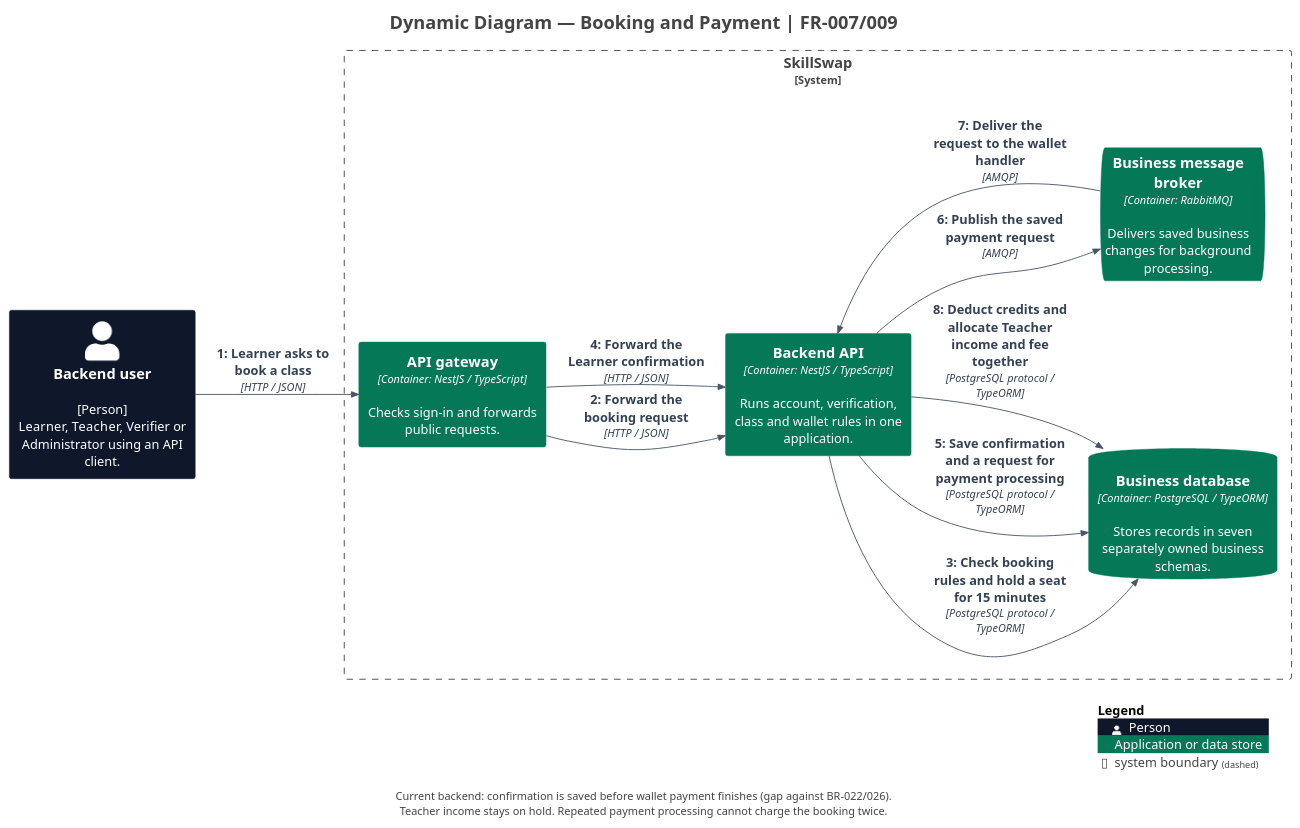
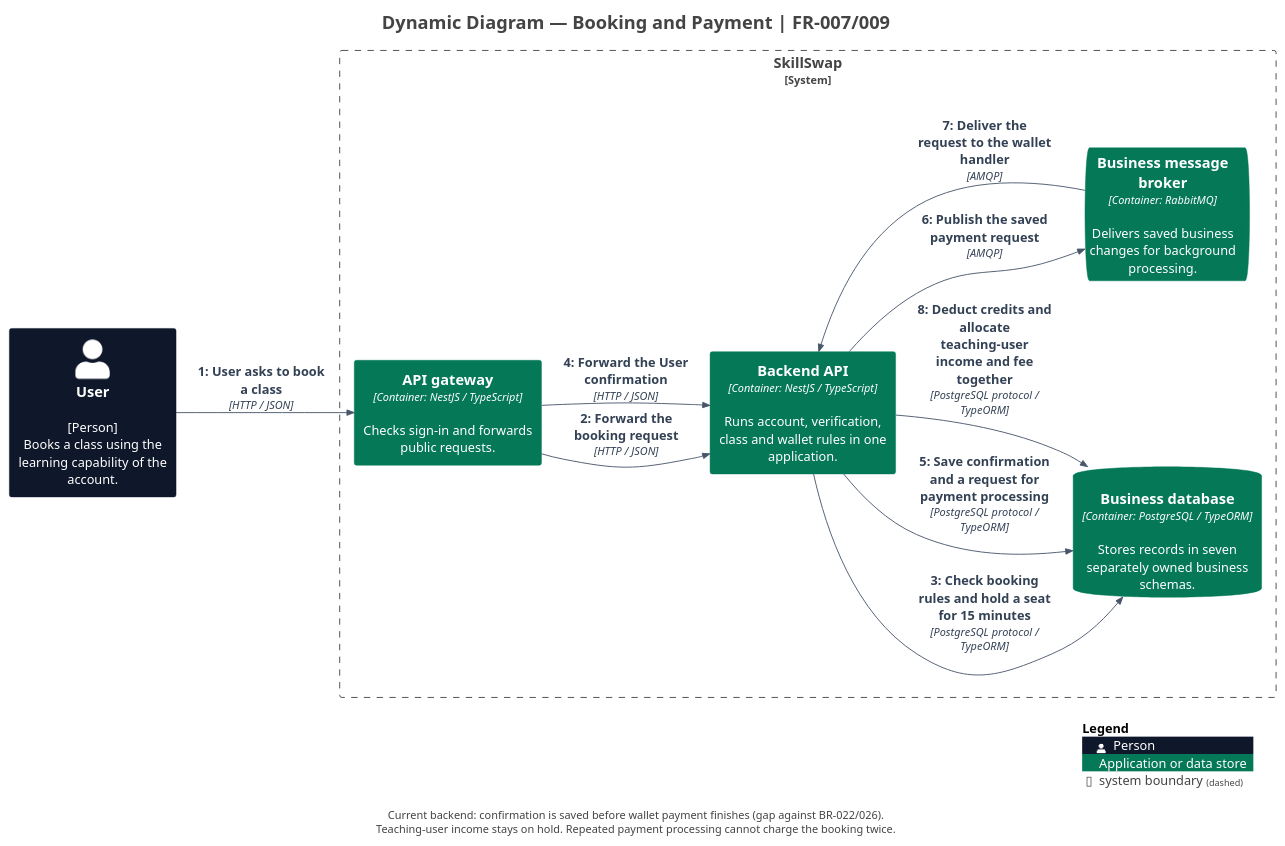
Before and after one commit to trankien022/SkillSwap: the diagram in docs/diagrams/c4/source/structurizr-BookingFlow.puml, drawn with PlantUML. The commit also changed 19 other files, not shown here.

First line of the commit message:
docs(diagrams): align C4 with account roles

```diff
--- a/docs/diagrams/c4/source/structurizr-BookingFlow.puml
+++ b/docs/diagrams/c4/source/structurizr-BookingFlow.puml
@@ -1,53 +1,53 @@
 @startuml
 title Dynamic Diagram — Booking and Payment | FR-007/009
 
 set separator none
 left to right direction
 
 <style>
   root {
     BackgroundColor: #ffffff
     FontColor: #444444
   }
 </style>
 
 !include <C4/C4>
 !include <C4/C4_Context>
 !include <C4/C4_Container>
 
 ' Presentation only: model elements and relationships come from workspace.dsl.
 skinparam defaultFontName Arial
 skinparam defaultFontSize 14
 skinparam shadowing false
 skinparam nodesep 35
 skinparam ranksep 45
 skinparam footerFontSize 12
 skinparam titleFontSize 20
 UpdateElementStyle("person", $bgColor="#0F172A", $fontColor="#FFFFFF", $borderColor="#0F172A", $legendText="Person")
 UpdateElementStyle("system", $bgColor="#047857", $fontColor="#FFFFFF", $borderColor="#047857", $legendText="Software system in scope")
 UpdateElementStyle("external_system", $bgColor="#64748B", $fontColor="#FFFFFF", $borderColor="#64748B", $legendText="Supporting software system")
 UpdateElementStyle("container", $bgColor="#047857", $fontColor="#FFFFFF", $borderColor="#047857", $legendText="Application or data store")
 UpdateRelStyle($lineColor="#475569", $textColor="#334155")
 AddElementTag("Demo", $bgColor="#F1F5F9", $fontColor="#0F172A", $borderColor="#64748B", $legendText="Demonstration client (local booking data)")
 
 System_Boundary("SkillSwap_boundary", "SkillSwap", $tags="") {
   Container(SkillSwap.APIgateway, "API gateway", $techn="Container: NestJS / TypeScript", $descr="Checks sign-in and forwards public requests.", $tags="", $link="")
   Container(SkillSwap.BackendAPI, "Backend API", $techn="Container: NestJS / TypeScript", $descr="Runs account, verification, class and wallet rules in one application.", $tags="", $link="")
   ContainerDb(SkillSwap.Businessdatabase, "Business database", $techn="Container: PostgreSQL / TypeORM", $descr="Stores records in seven separately owned business schemas.", $tags="", $link="")
   ContainerQueue(SkillSwap.Businessmessagebroker, "Business message broker", $techn="Container: RabbitMQ", $descr="Delivers saved business changes for background processing.", $tags="", $link="")
 }
 
-Person(Backenduser, "Backend user", $descr="[Person]\nLearner, Teacher, Verifier or Administrator using an API client.", $tags="", $link="")
+Person(User, "User", $descr="[Person]\nBooks a class using the learning capability of the account.", $tags="", $link="")
 
-Rel(Backenduser, SkillSwap.APIgateway, "1: Learner asks to book a class", $techn="HTTP / JSON", $tags="", $link="")
+Rel(User, SkillSwap.APIgateway, "1: User asks to book a class", $techn="HTTP / JSON", $tags="", $link="")
 Rel(SkillSwap.APIgateway, SkillSwap.BackendAPI, "2: Forward the booking request", $techn="HTTP / JSON", $tags="", $link="")
 Rel(SkillSwap.BackendAPI, SkillSwap.Businessdatabase, "3: Check booking rules and hold a seat for 15 minutes", $techn="PostgreSQL protocol / TypeORM", $tags="", $link="")
-Rel(SkillSwap.APIgateway, SkillSwap.BackendAPI, "4: Forward the Learner confirmation", $techn="HTTP / JSON", $tags="", $link="")
+Rel(SkillSwap.APIgateway, SkillSwap.BackendAPI, "4: Forward the User confirmation", $techn="HTTP / JSON", $tags="", $link="")
 Rel(SkillSwap.BackendAPI, SkillSwap.Businessdatabase, "5: Save confirmation and a request for payment processing", $techn="PostgreSQL protocol / TypeORM", $tags="", $link="")
 Rel(SkillSwap.BackendAPI, SkillSwap.Businessmessagebroker, "6: Publish the saved payment request", $techn="AMQP", $tags="", $link="")
 Rel(SkillSwap.Businessmessagebroker, SkillSwap.BackendAPI, "7: Deliver the request to the wallet handler", $techn="AMQP", $tags="", $link="")
-Rel(SkillSwap.BackendAPI, SkillSwap.Businessdatabase, "8: Deduct credits and allocate Teacher income and fee together", $techn="PostgreSQL protocol / TypeORM", $tags="", $link="")
+Rel(SkillSwap.BackendAPI, SkillSwap.Businessdatabase, "8: Deduct credits and allocate teaching-user income and fee together", $techn="PostgreSQL protocol / TypeORM", $tags="", $link="")
 
 SHOW_LEGEND()
-footer Current backend: confirmation is saved before wallet payment finishes (gap against BR-022/026).\nTeacher income stays on hold. Repeated payment processing cannot charge the booking twice.
+footer Current backend: confirmation is saved before wallet payment finishes (gap against BR-022/026).\nTeaching-user income stays on hold. Repeated payment processing cannot charge the booking twice.
 @enduml
```
